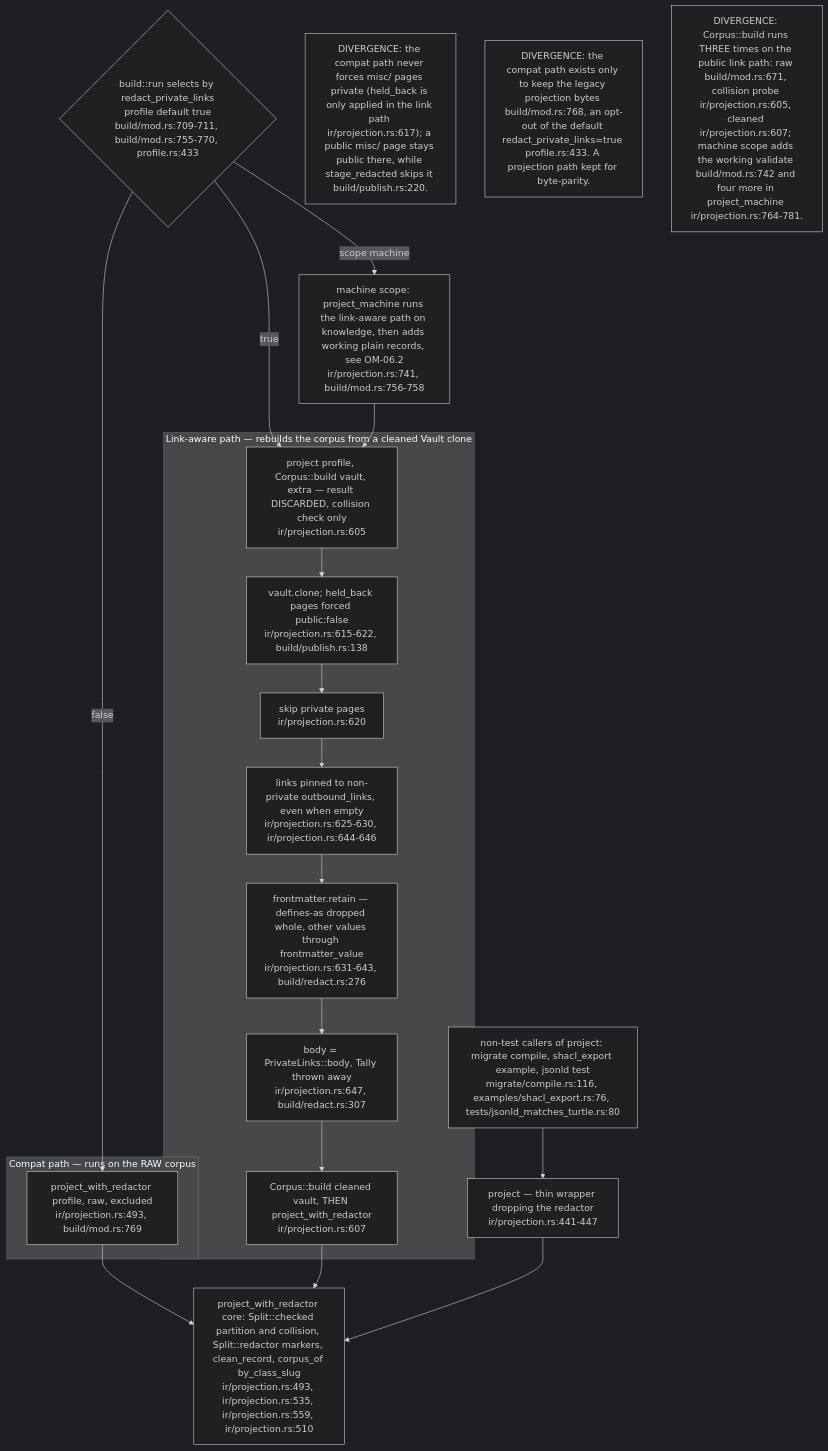
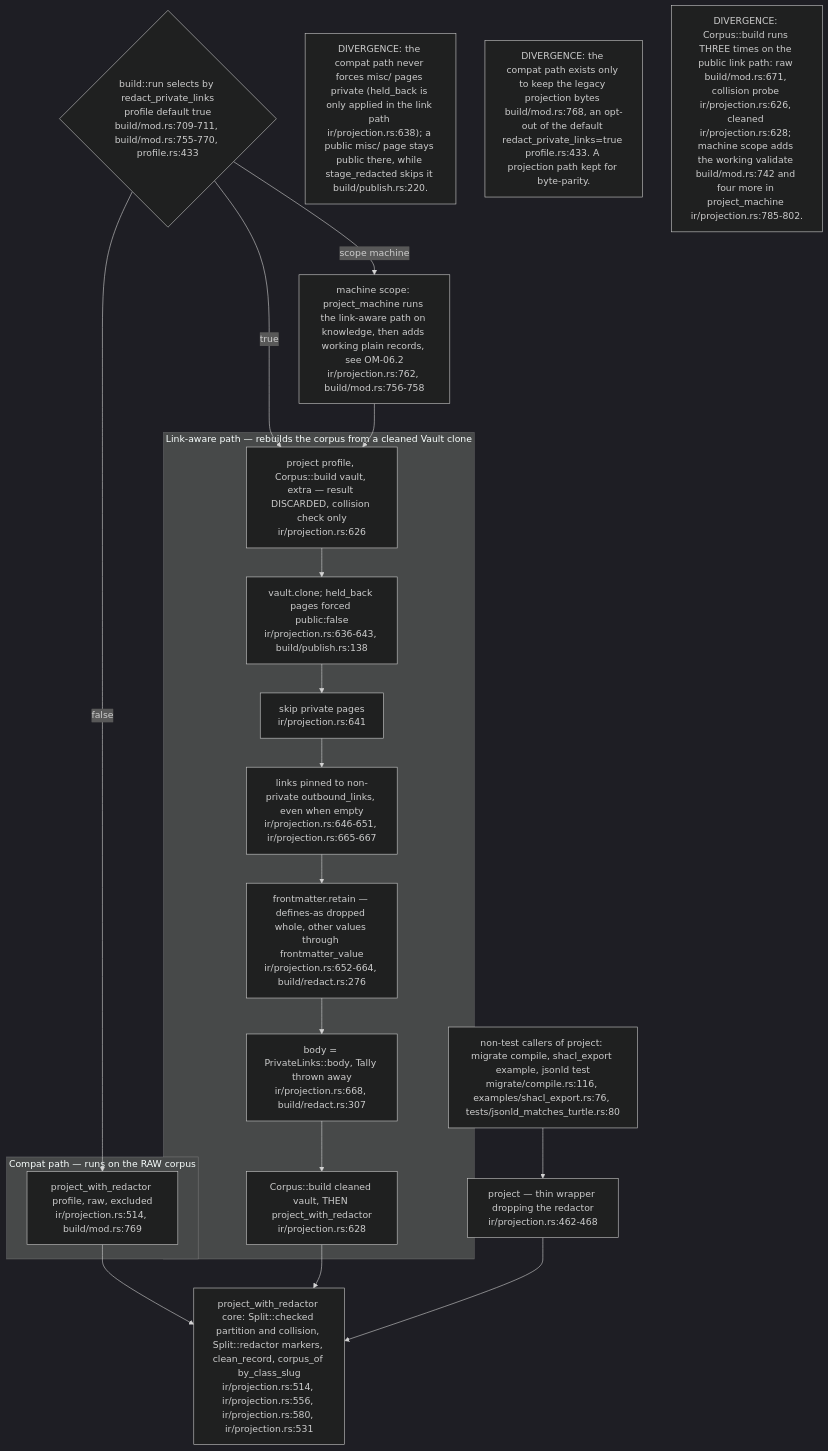
The third of 6 diagrams in docs/diagrams/ontomark/02-ir-corpus-projection-and-redaction.md (DreamLab-AI/VisionFlow), drawn with Mermaid (dark theme) before and after one commit. The commit also changed other lines of this file and 70 other files, not shown here.

First line of the commit message:
docs(diagrams): re-verify 69 topics at current default-branch heads

````diff
--- a/docs/diagrams/ontomark/02-ir-corpus-projection-and-redaction.md
+++ b/docs/diagrams/ontomark/02-ir-corpus-projection-and-redaction.md
@@ -111,30 +118,30 @@
 ```mermaid
 flowchart TD
     SEL{"build::run selects by redact_private_links<br/>profile default true<br/>build/mod.rs:709-711, build/mod.rs:755-770, profile.rs:433"}
     subgraph LEGACY["Compat path — runs on the RAW corpus"]
-      PWR["project_with_redactor profile, raw, excluded<br/>ir/projection.rs:493, build/mod.rs:769"]
+      PWR["project_with_redactor profile, raw, excluded<br/>ir/projection.rs:514, build/mod.rs:769"]
     end
     subgraph LINKS["Link-aware path — rebuilds the corpus from a cleaned Vault clone"]
-      L1["project profile, Corpus::build vault, extra — result DISCARDED, collision check only<br/>ir/projection.rs:605"]
-      L2["vault.clone; held_back pages forced public:false<br/>ir/projection.rs:615-622, build/publish.rs:138"]
-      L3["skip private pages<br/>ir/projection.rs:620"]
-      L4["links pinned to non-private outbound_links, even when empty<br/>ir/projection.rs:625-630, ir/projection.rs:644-646"]
-      L5["frontmatter.retain — defines-as dropped whole, other values through frontmatter_value<br/>ir/projection.rs:631-643, build/redact.rs:276"]
-      L6["body = PrivateLinks::body, Tally thrown away<br/>ir/projection.rs:647, build/redact.rs:307"]
-      L7["Corpus::build cleaned vault, THEN project_with_redactor<br/>ir/projection.rs:607"]
+      L1["project profile, Corpus::build vault, extra — result DISCARDED, collision check only<br/>ir/projection.rs:626"]
+      L2["vault.clone; held_back pages forced public:false<br/>ir/projection.rs:636-643, build/publish.rs:138"]
+      L3["skip private pages<br/>ir/projection.rs:641"]
+      L4["links pinned to non-private outbound_links, even when empty<br/>ir/projection.rs:646-651, ir/projection.rs:665-667"]
+      L5["frontmatter.retain — defines-as dropped whole, other values through frontmatter_value<br/>ir/projection.rs:652-664, build/redact.rs:276"]
+      L6["body = PrivateLinks::body, Tally thrown away<br/>ir/projection.rs:668, build/redact.rs:307"]
+      L7["Corpus::build cleaned vault, THEN project_with_redactor<br/>ir/projection.rs:628"]
       L1 --> L2 --> L3 --> L4 --> L5 --> L6 --> L7
     end
-    CORE["project_with_redactor core: Split::checked partition and collision, Split::redactor markers, clean_record, corpus_of by_class_slug<br/>ir/projection.rs:493, ir/projection.rs:535, ir/projection.rs:559, ir/projection.rs:510"]
-    WRAP["project — thin wrapper dropping the redactor<br/>ir/projection.rs:441-447"]
-    MACH["machine scope: project_machine runs the link-aware path on knowledge, then adds working plain records, see OM-06.2<br/>ir/projection.rs:741, build/mod.rs:756-758"]
+    CORE["project_with_redactor core: Split::checked partition and collision, Split::redactor markers, clean_record, corpus_of by_class_slug<br/>ir/projection.rs:514, ir/projection.rs:556, ir/projection.rs:580, ir/projection.rs:531"]
+    WRAP["project — thin wrapper dropping the redactor<br/>ir/projection.rs:462-468"]
+    MACH["machine scope: project_machine runs the link-aware path on knowledge, then adds working plain records, see OM-06.2<br/>ir/projection.rs:762, build/mod.rs:756-758"]
     SEL -->|false| PWR --> CORE
     SEL -->|true| L1
     SEL -->|scope machine| MACH --> L1
     L7 --> CORE
     WRAP --> CORE
     PROD["non-test callers of project: migrate compile, shacl_export example, jsonld test<br/>migrate/compile.rs:116, examples/shacl_export.rs:76, tests/jsonld_matches_turtle.rs:80"]
     PROD --> WRAP
-    n1["DIVERGENCE: the compat path never forces misc/ pages private (held_back is only applied in the link path ir/projection.rs:617); a public misc/ page stays public there, while stage_redacted skips it build/publish.rs:220."]
+    n1["DIVERGENCE: the compat path never forces misc/ pages private (held_back is only applied in the link path ir/projection.rs:638); a public misc/ page stays public there, while stage_redacted skips it build/publish.rs:220."]
     n2["DIVERGENCE: the compat path exists only to keep the legacy projection bytes build/mod.rs:768, an opt-out of the default redact_private_links=true profile.rs:433. A projection path kept for byte-parity."]
-    n3["DIVERGENCE: Corpus::build runs THREE times on the public link path: raw build/mod.rs:671, collision probe ir/projection.rs:605, cleaned ir/projection.rs:607; machine scope adds the working validate build/mod.rs:742 and four more in project_machine ir/projection.rs:764-781."]
+    n3["DIVERGENCE: Corpus::build runs THREE times on the public link path: raw build/mod.rs:671, collision probe ir/projection.rs:626, cleaned ir/projection.rs:628; machine scope adds the working validate build/mod.rs:742 and four more in project_machine ir/projection.rs:785-802."]
 ```
````
